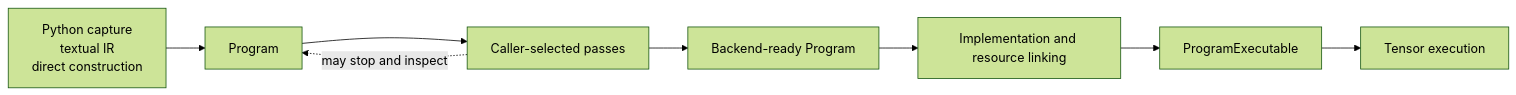
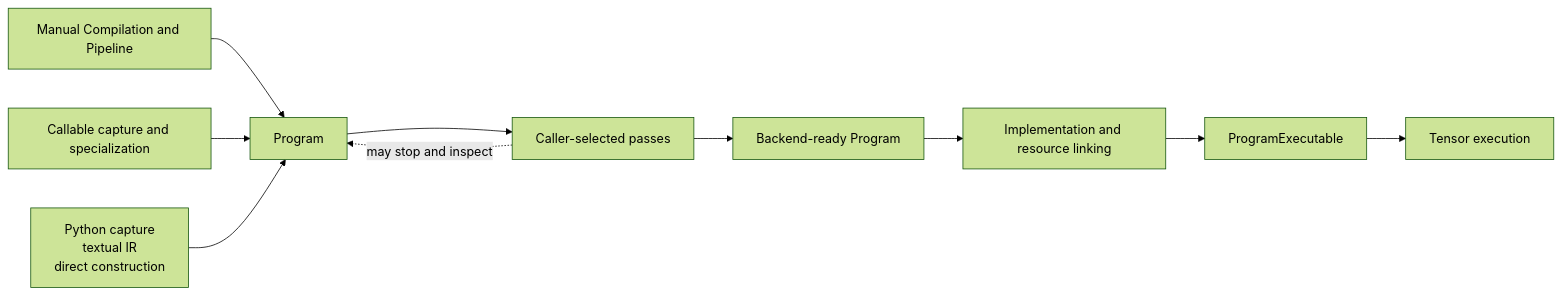
One commit to visualDust/fhelium changed the first of 2 diagrams in docs/concepts/open-compiler-stack.md. Above: the diagram before and after it, drawn with Mermaid (forest theme). The commit also changed other lines of this file and 426 other files, not shown here.

````diff
--- a/docs/concepts/open-compiler-stack.md
+++ b/docs/concepts/open-compiler-stack.md
@@ -16,14 +9,18 @@
 ```mermaid
 graph LR
     SOURCE[Python capture<br/>textual IR<br/>direct construction]
+    MANUAL[Manual Compilation and Pipeline]
+    CALLABLE[Callable capture and specialization]
     PROGRAM[Program]
+    MANUAL --> PROGRAM
+    CALLABLE --> PROGRAM
     PASSES[Caller-selected passes]
     READY[Backend-ready Program]
     LINK[Implementation and resource linking]
     EXEC[ProgramExecutable]
     RUN[Tensor execution]
 
     SOURCE --> PROGRAM
     PROGRAM --> PASSES --> READY --> LINK --> EXEC --> RUN
     PASSES -. may stop and inspect .-> PROGRAM
 ```
````
